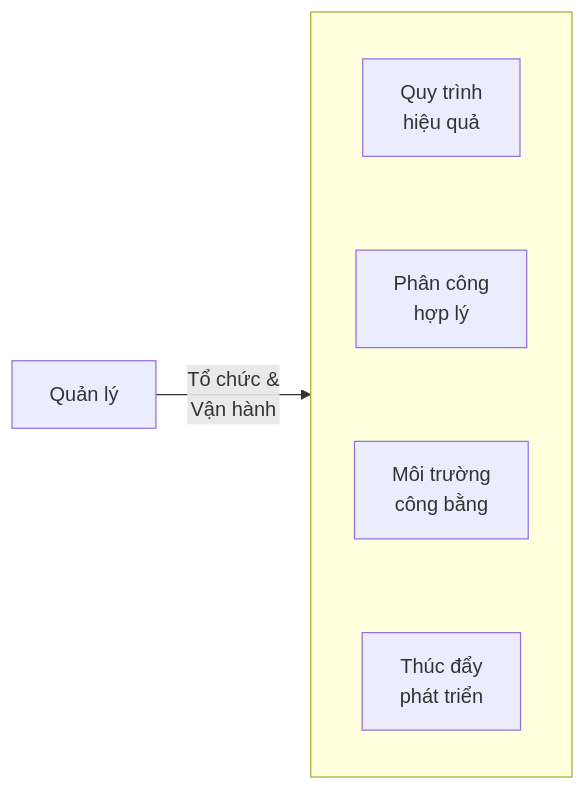
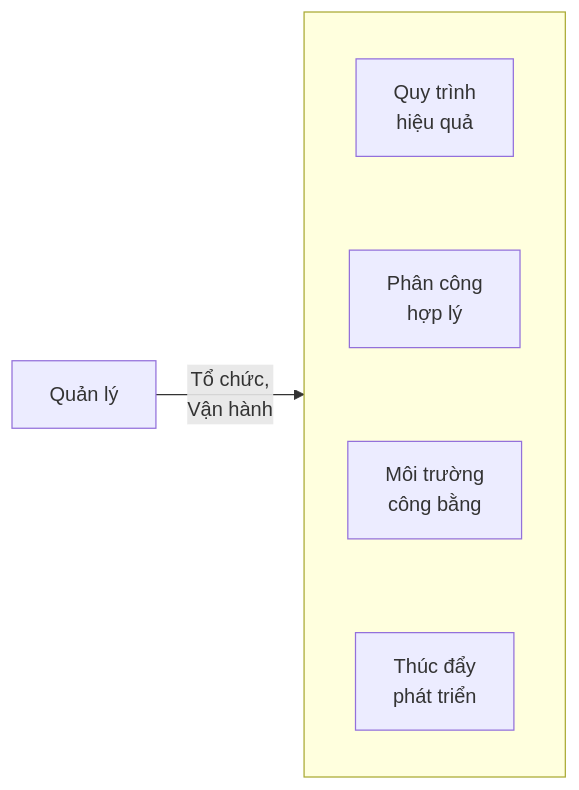
One commit to FairyHmm/notes changed the third of 5 diagrams in src/site/notes/Studies/University/Year 1/T2/EM1180 - Business Culture and Entrepreneurship/Project/Summary - slides.md. Above: the diagram before and after it, drawn with Mermaid. The commit also changed other lines of this file, not shown here.

````diff
--- a/src/site/notes/Studies/University/Year 1/T2/EM1180 - Business Culture and Entrepreneurship/Project/Summary - slides.md
+++ b/src/site/notes/Studies/University/Year 1/T2/EM1180 - Business Culture and Entrepreneurship/Project/Summary - slides.md
@@ -265,13 +262,13 @@
 ```mermaid
 graph LR
-    A[Quản lý] -->|Tổ chức &<br/>Vận hành| B
+    A[Quản lý] -->|Tổ chức,<br/>Vận hành| B
     
     subgraph B[" "]
         B1[Quy trình<br/>hiệu quả]
         B2[Phân công<br/>hợp lý]
         B3[Môi trường<br/>công bằng]
         B4[Thúc đẩy<br/>phát triển]
         B1 ~~~ B2 ~~~ B3 ~~~ B4
     end
 
 ```
````
